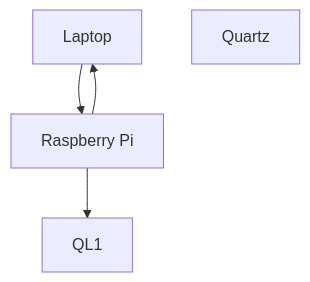
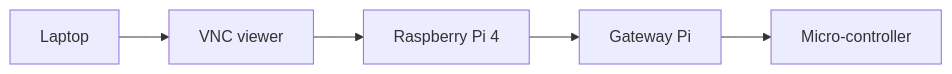
One commit to weijiehiew/EGL314 changed the second of 3 diagrams in README.md. Above: the diagram before and after it, drawn with Mermaid. The commit also changed other lines of this file, not shown here.

````diff
--- a/README.md
+++ b/README.md
@@ -80,9 +86,9 @@
 ```mermaid
-graph TD
+graph LR
 
-A[Laptop]--> B[Raspberry Pi]
-B --> A
-B --> C[QL1]
-D[Quartz]
+A[Laptop] --> B[VNC viewer]
+B --> C[Raspberry Pi 4]
+C --> D[Gateway Pi]
+D --> E[Micro-controller]
 
 ```
````
